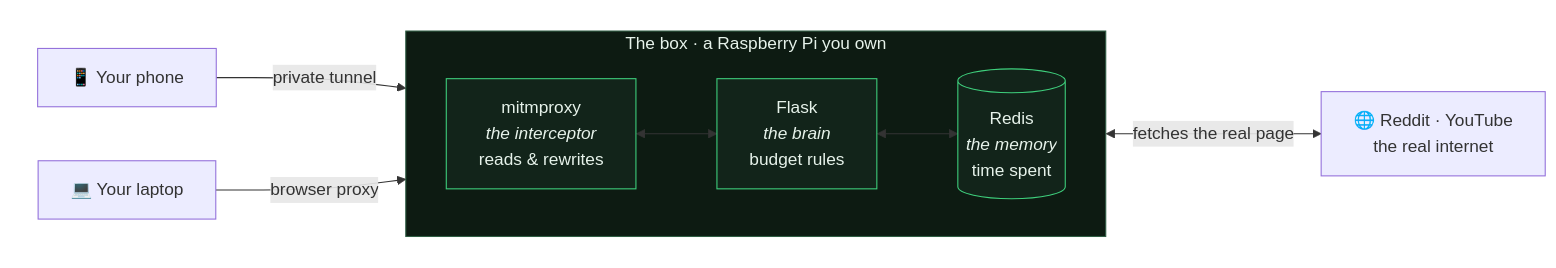
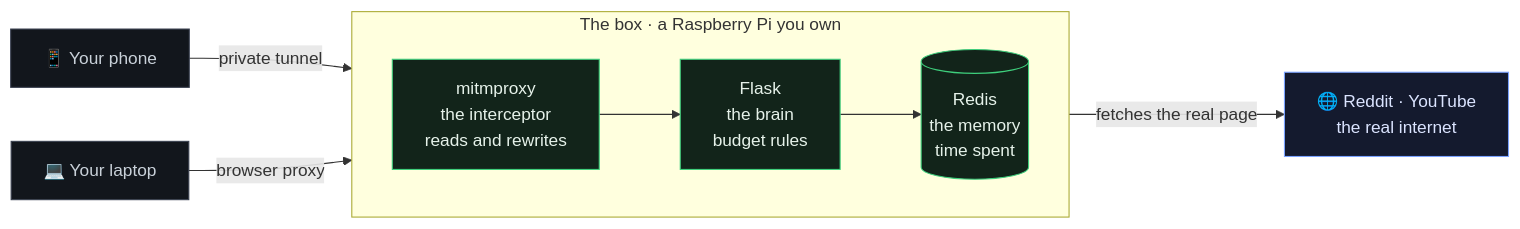
Before and after one commit to Chauhan-Siddharth-git/cooldown: the first of 7 diagrams in ARCHITECTURE.md, drawn with Mermaid. The commit also changed other lines of this file, not shown here.

First line of the commit message:
ARCHITECTURE: fix diagrams that GitHub refused to render

````diff
--- a/ARCHITECTURE.md
+++ b/ARCHITECTURE.md
@@ -38,26 +38,24 @@
 ```mermaid
 flowchart LR
-    subgraph you [" "]
-        P["📱 Your phone"]
-        L["💻 Your laptop"]
-    end
-    subgraph box ["The box · a Raspberry Pi you own"]
+    P["📱 Your phone"]
+    L["💻 Your laptop"]
+    subgraph box["The box · a Raspberry Pi you own"]
         direction LR
-        M["mitmproxy<br/><i>the interceptor</i><br/>reads &amp; rewrites"]
-        F["Flask<br/><i>the brain</i><br/>budget rules"]
-        R[("Redis<br/><i>the memory</i><br/>time spent")]
-        M <--> F
-        F <--> R
+        M["mitmproxy<br/>the interceptor<br/>reads and rewrites"]
+        F["Flask<br/>the brain<br/>budget rules"]
+        R[("Redis<br/>the memory<br/>time spent")]
+        M --> F
+        F --> R
     end
     W["🌐 Reddit · YouTube<br/>the real internet"]
+    P -->|private tunnel| M
+    L -->|browser proxy| M
+    M -->|fetches the real page| W
 
-    P -- "private tunnel" --> M
-    L -- "browser proxy" --> M
-    M <-- "fetches the real page" --> W
-
-    style box fill:#0d1b12,stroke:#2f5d43,color:#e6f2ea
-    style M fill:#12241a,stroke:#3ecf7c,color:#e6f2ea
-    style F fill:#12241a,stroke:#3ecf7c,color:#e6f2ea
-    style R fill:#12241a,stroke:#3ecf7c,color:#e6f2ea
-    style you fill:transparent,stroke:transparent
+    classDef dev fill:#12161c,stroke:#3a4150,color:#c9d1d9
+    classDef svc fill:#12241a,stroke:#3ecf7c,color:#e6f2ea
+    classDef net fill:#141a2e,stroke:#7aa2ff,color:#dbe4ff
+    class P,L dev
+    class M,F,R svc
+    class W net
 ```
````
